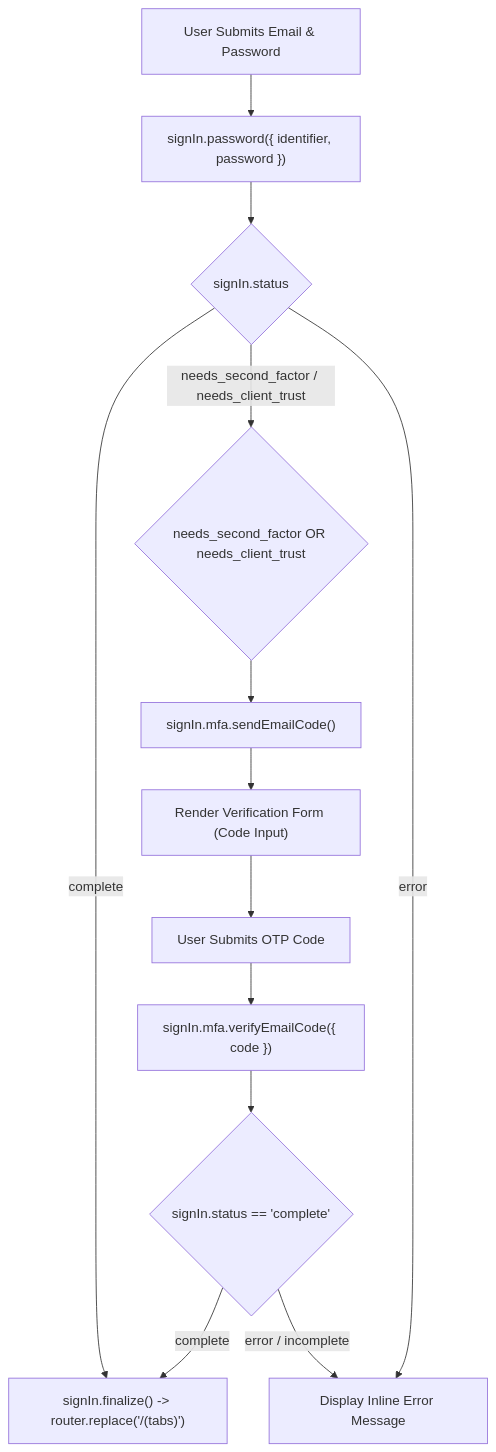
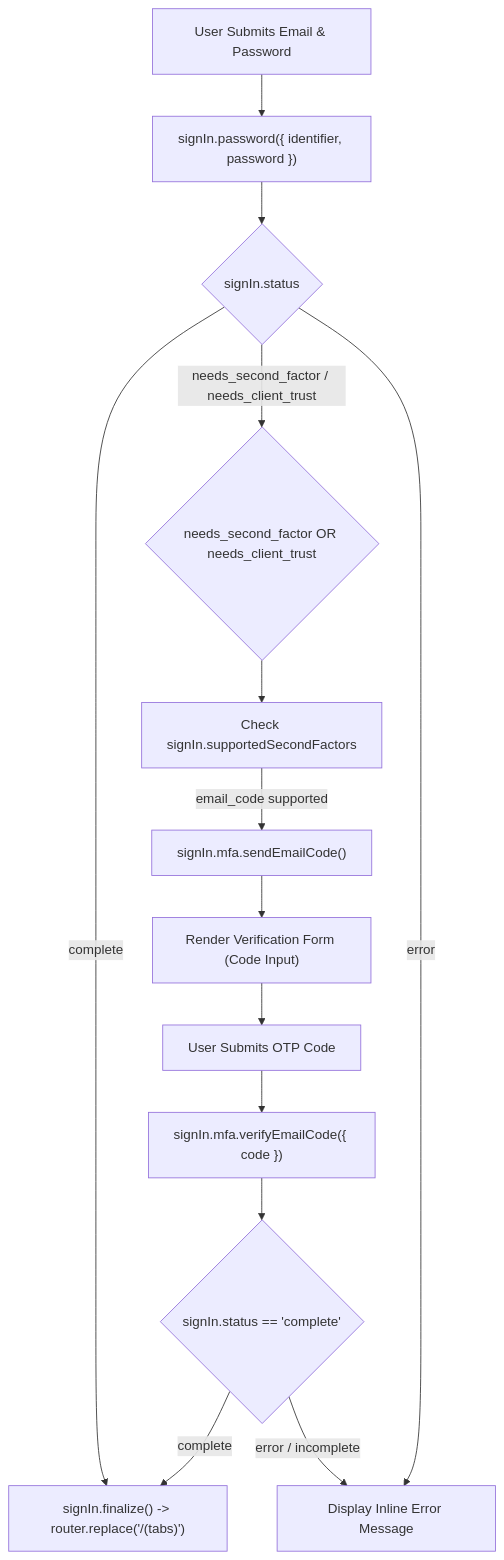
Before and after one commit to thaysegarcia/react-native-class: the diagram in .junie/plans/integrate-clerk-authentication.md, drawn with Mermaid. The commit also changed other lines of this file and 1 other file, not shown here.

````diff
--- a/.junie/plans/integrate-clerk-authentication.md
+++ b/.junie/plans/integrate-clerk-authentication.md
@@ -56,27 +58,29 @@
 ```mermaid
 graph TD
     User["User Submits Email & Password"]
     SignInCall["signIn.password({ identifier, password })"]
     StatusCheck{"signIn.status"}
     Complete["signIn.finalize() -> router.replace('/(tabs)')"]
     NeedsMFA{"needs_second_factor OR needs_client_trust"}
+    CheckSecondFactors["Check signIn.supportedSecondFactors"]
     SendEmailCode["signIn.mfa.sendEmailCode()"]
     RenderVerifyUI["Render Verification Form (Code Input)"]
     SubmitCode["User Submits OTP Code"]
     VerifyCode["signIn.mfa.verifyEmailCode({ code })"]
     VerifyStatusCheck{"signIn.status == 'complete'"}
     ErrorMsg["Display Inline Error Message"]
 
     User --> SignInCall
     SignInCall --> StatusCheck
     StatusCheck -- "complete" --> Complete
     StatusCheck -- "needs_second_factor / needs_client_trust" --> NeedsMFA
     StatusCheck -- "error" --> ErrorMsg
-    NeedsMFA --> SendEmailCode
+    NeedsMFA --> CheckSecondFactors
+    CheckSecondFactors -- "email_code supported" --> SendEmailCode
     SendEmailCode --> RenderVerifyUI
     RenderVerifyUI --> SubmitCode
     SubmitCode --> VerifyCode
     VerifyCode --> VerifyStatusCheck
     VerifyStatusCheck -- "complete" --> Complete
     VerifyStatusCheck -- "error / incomplete" --> ErrorMsg
 ```
````
